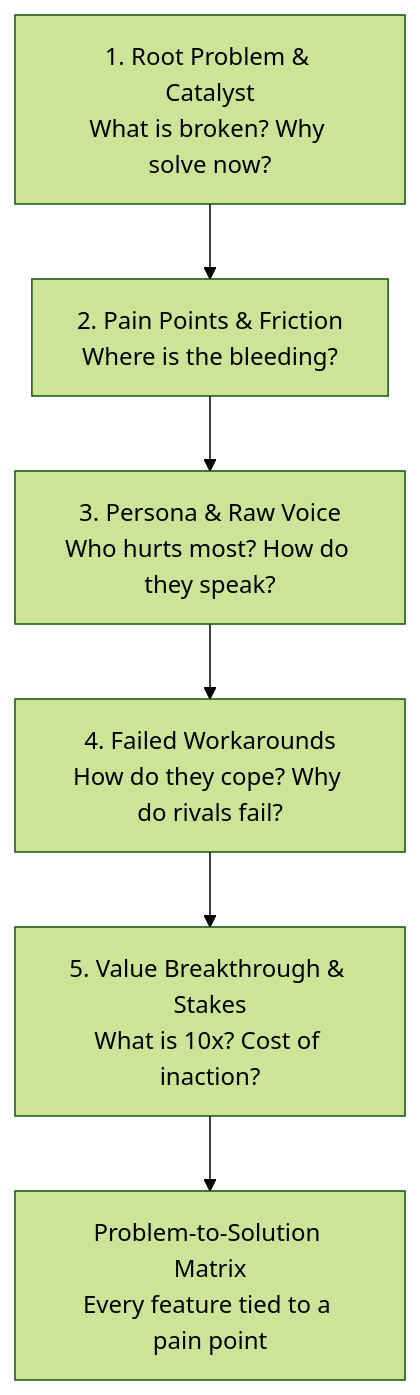
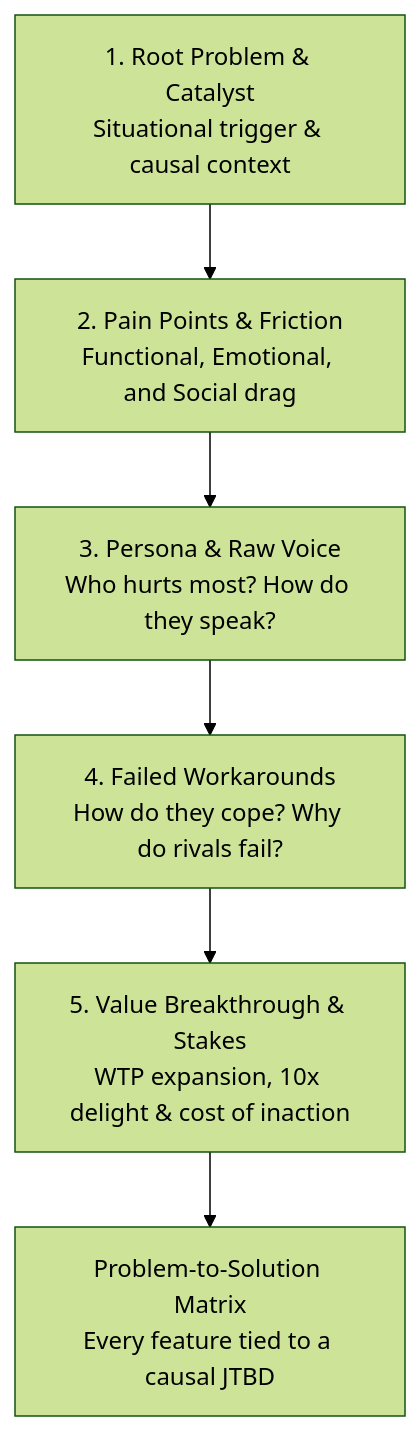
Before and after one commit to wedigcode/workforces: the diagram in agents/advisor.md, drawn with Mermaid (forest theme). The commit also changed other lines of this file and 22 other files, not shown here.

````diff
--- a/agents/advisor.md
+++ b/agents/advisor.md
@@ -49,8 +50,8 @@
 ```mermaid
 graph TD
-    D1["1. Root Problem & Catalyst<br/>What is broken? Why solve now?"] --> D2["2. Pain Points & Friction<br/>Where is the bleeding?"]
+    D1["1. Root Problem & Catalyst<br/>Situational trigger & causal context"] --> D2["2. Pain Points & Friction<br/>Functional, Emotional, and Social drag"]
     D2 --> D3["3. Persona & Raw Voice<br/>Who hurts most? How do they speak?"]
     D3 --> D4["4. Failed Workarounds<br/>How do they cope? Why do rivals fail?"]
-    D4 --> D5["5. Value Breakthrough & Stakes<br/>What is 10x? Cost of inaction?"]
-    D5 --> M["Problem-to-Solution Matrix<br/>Every feature tied to a pain point"]
+    D4 --> D5["5. Value Breakthrough & Stakes<br/>WTP expansion, 10x delight & cost of inaction"]
+    D5 --> M["Problem-to-Solution Matrix<br/>Every feature tied to a causal JTBD"]
 ```
````
